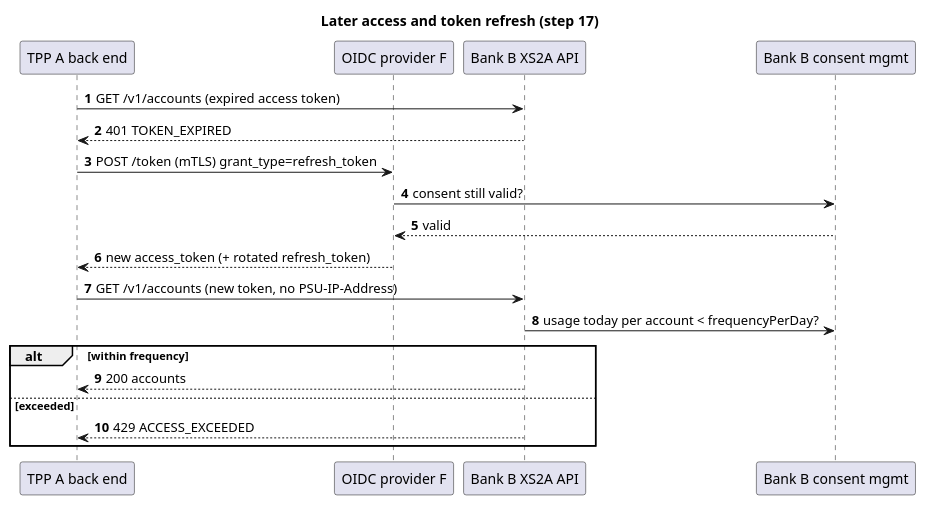
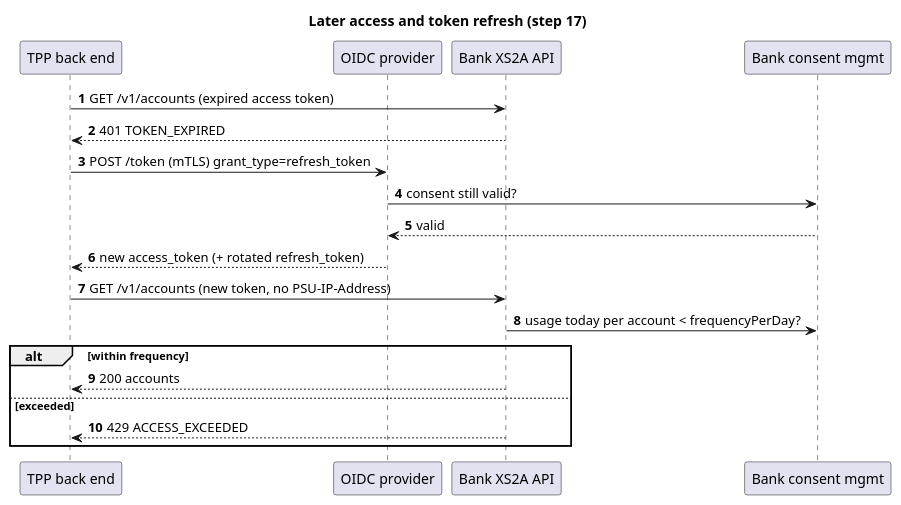
One commit to vondacho/psd2-sandbox changed the diagram in docs/design/puml/07-seq-later-access.puml. Above: the diagram before and after it, drawn with PlantUML. The commit also changed 149 other files, not shown here.

```diff
--- a/docs/design/puml/07-seq-later-access.puml
+++ b/docs/design/puml/07-seq-later-access.puml
@@ -1,22 +1,22 @@
 @startuml 07-seq-later-access
 title Later access and token refresh (step 17)
 autonumber
-participant "TPP A back end" as A
-participant "OIDC provider F" as F
-participant "Bank B XS2A API" as XS2A
-participant "Bank B consent mgmt" as CM
+participant "TPP back end" as TPP
+participant "OIDC provider" as OIDC
+participant "Bank XS2A API" as XS2A
+participant "Bank consent mgmt" as CM
 
-A -> XS2A : GET /v1/accounts (expired access token)
-XS2A --> A : 401 TOKEN_EXPIRED
-A -> F : POST /token (mTLS) grant_type=refresh_token
-F -> CM : consent still valid?
-CM --> F : valid
-F --> A : new access_token (+ rotated refresh_token)
-A -> XS2A : GET /v1/accounts (new token, no PSU-IP-Address)
+TPP -> XS2A : GET /v1/accounts (expired access token)
+XS2A --> TPP : 401 TOKEN_EXPIRED
+TPP -> OIDC : POST /token (mTLS) grant_type=refresh_token
+OIDC -> CM : consent still valid?
+CM --> OIDC : valid
+OIDC --> TPP : new access_token (+ rotated refresh_token)
+TPP -> XS2A : GET /v1/accounts (new token, no PSU-IP-Address)
 XS2A -> CM : usage today per account < frequencyPerDay?
 alt within frequency
-  XS2A --> A : 200 accounts
+  XS2A --> TPP : 200 accounts
 else exceeded
-  XS2A --> A : 429 ACCESS_EXCEEDED
+  XS2A --> TPP : 429 ACCESS_EXCEEDED
 end
 @enduml
```
